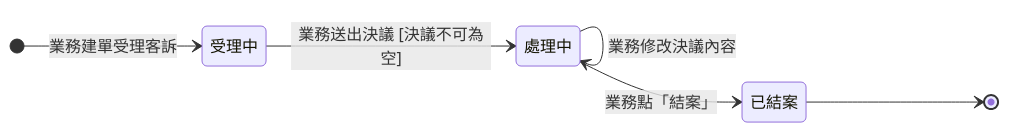
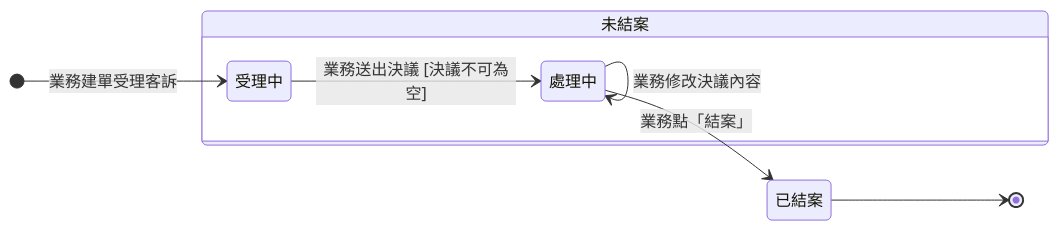
One commit to Kawato-Miles/erp-spec changed the diagram in memory/Sens_wiki/wiki/erp/06-state-machines/售後服務狀態.md. Above: the diagram before and after it, drawn with Mermaid. The commit also changed other lines of this file and 80 other files, not shown here.

````diff
--- a/memory/Sens_wiki/wiki/erp/06-state-machines/售後服務狀態.md
+++ b/memory/Sens_wiki/wiki/erp/06-state-machines/售後服務狀態.md
@@ -33,16 +34,21 @@
 ```mermaid
 stateDiagram-v2
     direction LR
 
     [*] --> s_open : 業務建單受理客訴
 
-    state "受理中" as s_open
-    state "處理中" as s_processing
+    state "未結案" as g_open {
+        direction LR
+        state "受理中" as s_open
+        state "處理中" as s_processing
+
+        s_open --> s_processing : 業務送出決議 [決議不可為空]
+        s_processing --> s_processing : 業務修改決議內容
+    }
+
     state "已結案" as s_closed
 
-    s_open --> s_processing : 業務送出決議 [決議不可為空]
-    s_processing --> s_processing : 業務修改決議內容
     s_processing --> s_closed : 業務點「結案」
 
     s_closed --> [*]
 ```
````
